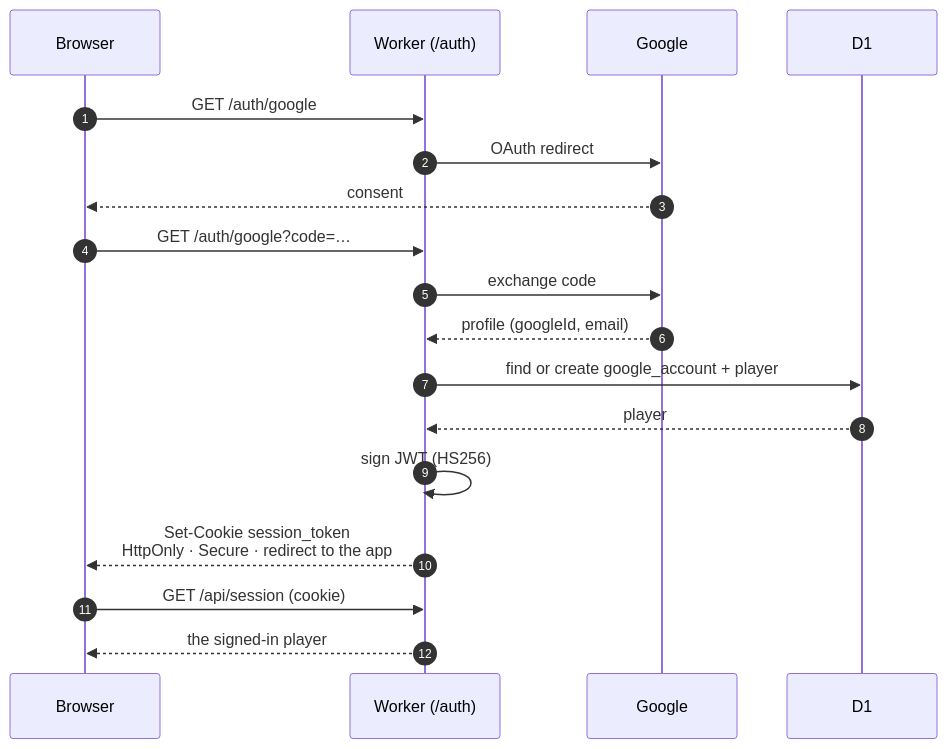
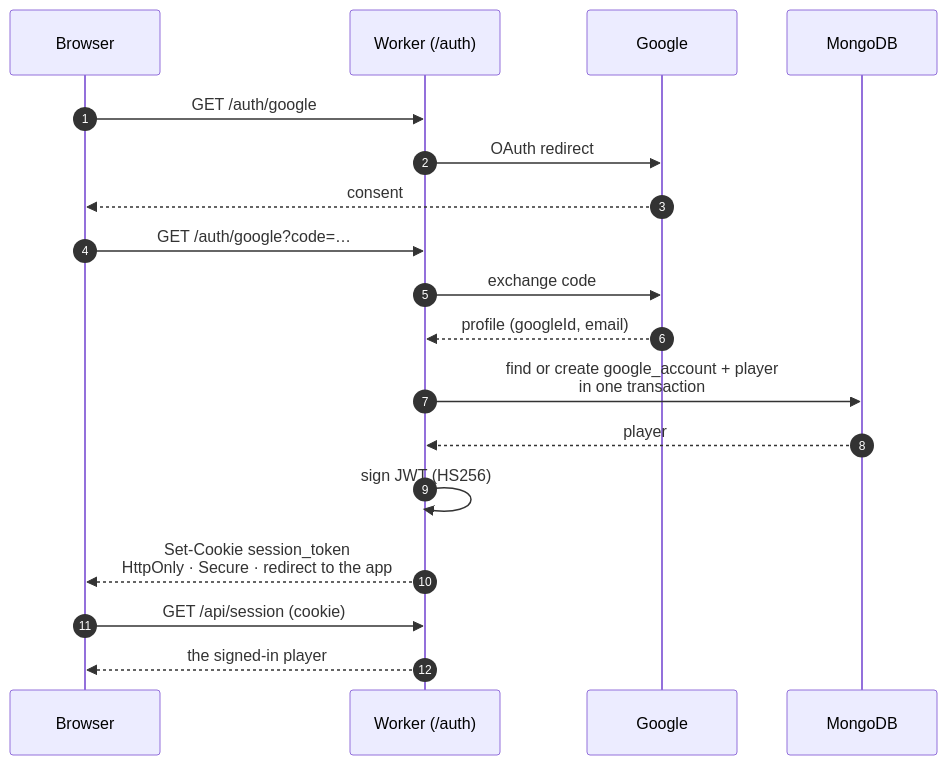
The first of 6 diagrams in docs/site/pages/architecture/data-flow.md (FantasyWiki/FantasyWiki), drawn with Mermaid before and after one commit. The commit also changed other lines of this file and 48 other files, not shown here.

````diff
--- a/docs/site/pages/architecture/data-flow.md
+++ b/docs/site/pages/architecture/data-flow.md
@@ -19,21 +19,21 @@
 ```mermaid
 sequenceDiagram
   autonumber
   participant B as Browser
   participant W as Worker (/auth)
   participant G as Google
-  participant D1 as D1
+  participant DB as MongoDB
 
   B->>W: GET /auth/google
   W->>G: OAuth redirect
   G-->>B: consent
   B->>W: GET /auth/google?code=…
   W->>G: exchange code
   G-->>W: profile (googleId, email)
-  W->>D1: find or create google_account + player
-  D1-->>W: player
+  W->>DB: find or create google_account + player<br/>in one transaction
+  DB-->>W: player
   W->>W: sign JWT (HS256)
   W-->>B: Set-Cookie session_token<br/>HttpOnly · Secure · redirect to the app
   B->>W: GET /api/session (cookie)
   W-->>B: the signed-in player
 ```
````
